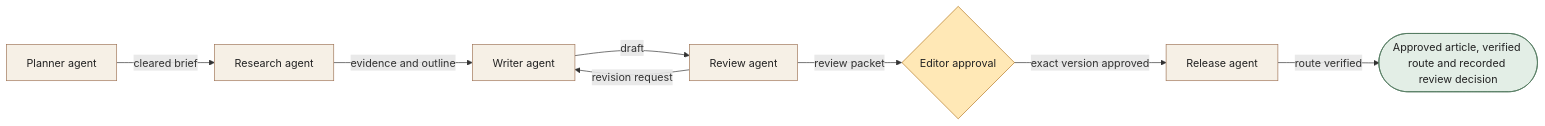
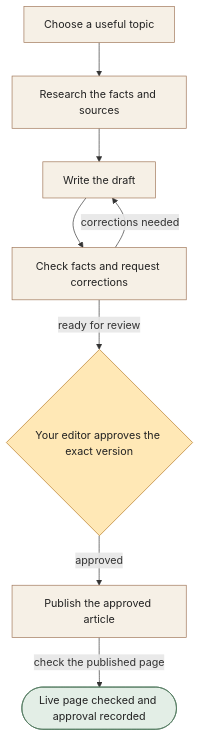
One commit to dextee/claude-code-agent-team-guide changed the diagram in docs/workflows/content-operations.md. Above: the diagram before and after it, drawn with Mermaid. The commit also changed other lines of this file and 28 other files, not shown here.

````diff
--- a/docs/workflows/content-operations.md
+++ b/docs/workflows/content-operations.md
@@ -21,23 +25,23 @@
 ```mermaid
-flowchart LR
-A["Planner agent"]
-B["Research agent"]
-C["Writer agent"]
-D["Review agent"]
-E["Release agent"]
-H{"Editor approval"}
-O(["Approved article, verified route and recorded review decision"])
-A -->|cleared brief| B
-B -->|evidence and outline| C
-C -->|draft| D
-D -->|revision request| C
-D -->|review packet| H
-H -->|exact version approved| E
-E -->|route verified| O
-classDef agent fill:#f6f0e6,stroke:#9f7557,color:#222222
+flowchart TD
+A["Choose a useful topic"]
+B["Research the facts and sources"]
+C["Write the draft"]
+D["Check facts and request corrections"]
+H{"Your editor approves the exact version"}
+E["Publish the approved article"]
+O(["Live page checked and approval recorded"])
+A --> B
+B --> C
+C --> D
+D -->|corrections needed| C
+D -->|ready for review| H
+H -->|approved| E
+E -->|check the published page| O
+classDef assistant fill:#f6f0e6,stroke:#9f7557,color:#222222
 classDef human fill:#ffe8b6,stroke:#b57821,color:#222222
 classDef outcome fill:#e3eee6,stroke:#4e775c,color:#222222
-class A,B,C,D,E agent
+class A,B,C,D,E assistant
 class H human
 class O outcome
 ```
````
